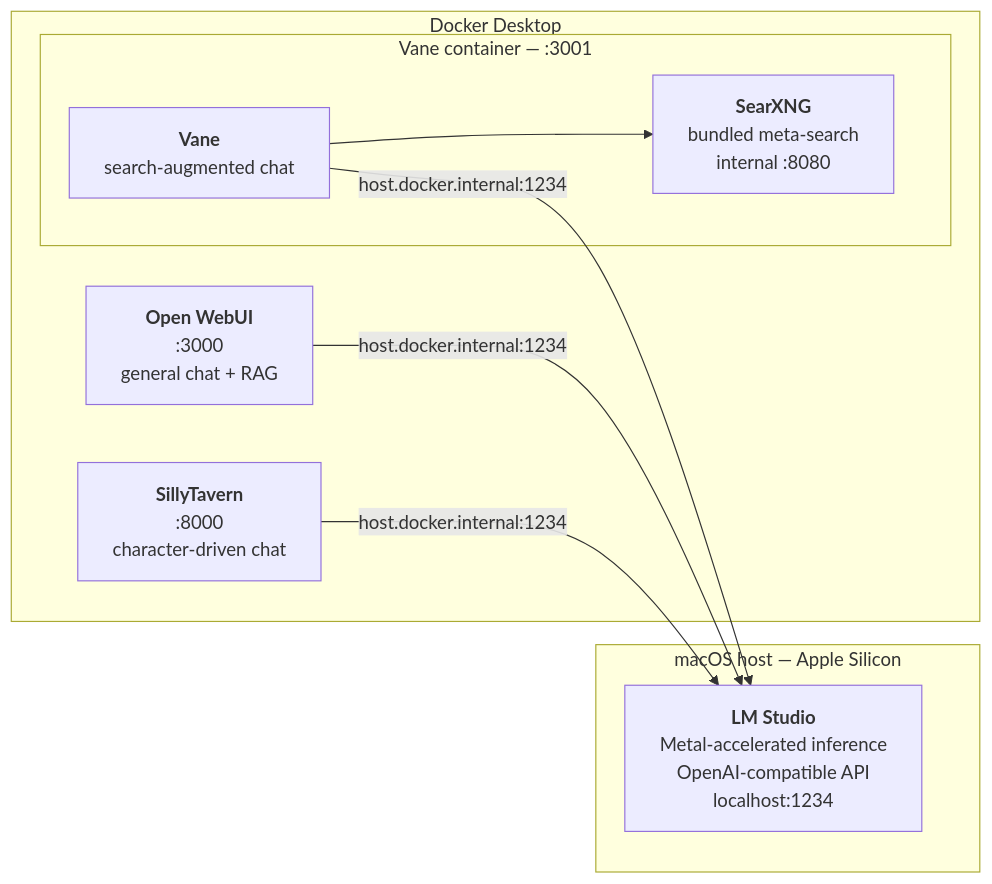
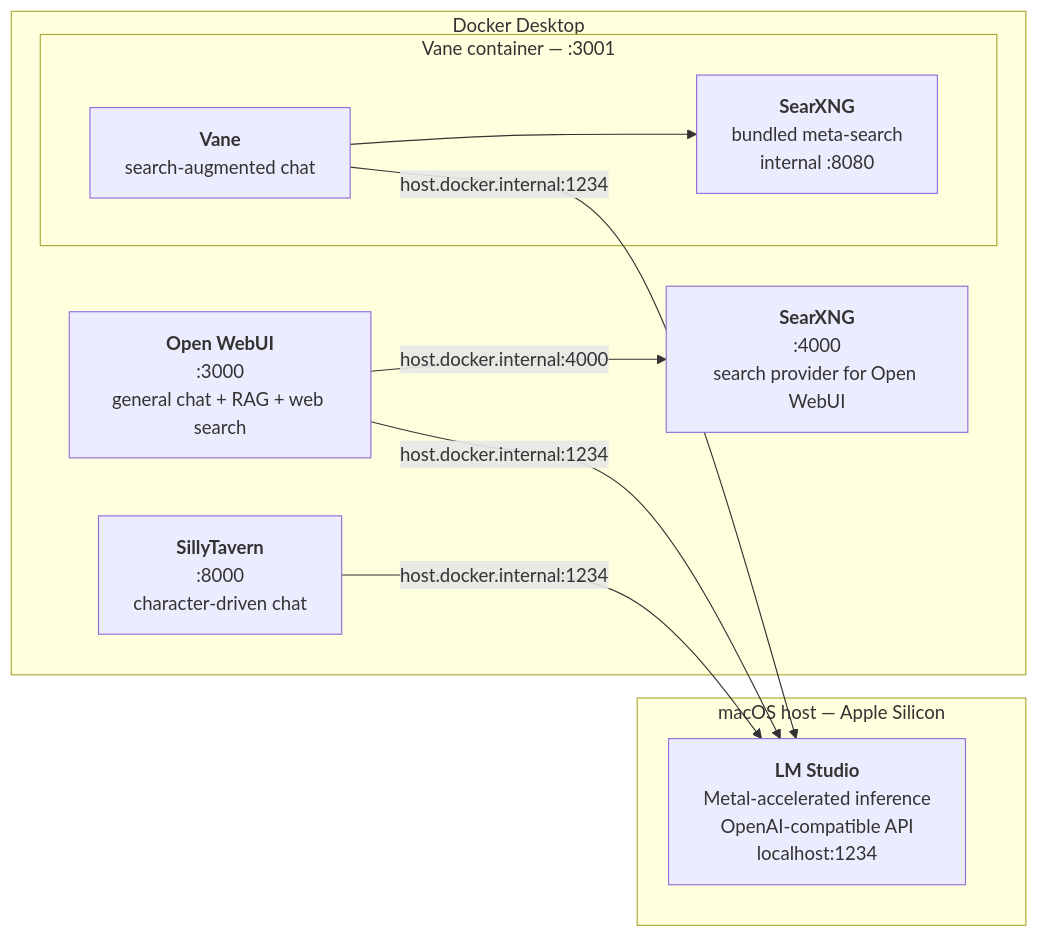
One commit to asifulshiam/lm-studio-docker-stack changed the diagram in README.md. Above: the diagram before and after it, drawn with Mermaid. The commit also changed other lines of this file, not shown here.

Commit message:
README: add web-search section, standalone SearXNG, corrected token budget

````diff
--- a/README.md
+++ b/README.md
@@ -11,20 +11,22 @@
 ```mermaid
 flowchart LR
     subgraph host["macOS host — Apple Silicon"]
         LMS["<b>LM Studio</b><br/>Metal-accelerated inference<br/>OpenAI-compatible API<br/>localhost:1234"]
     end
 
     subgraph docker["Docker Desktop"]
-        OWUI["<b>Open WebUI</b><br/>:3000<br/>general chat + RAG"]
+        OWUI["<b>Open WebUI</b><br/>:3000<br/>general chat + RAG + web search"]
+        SXNG["<b>SearXNG</b><br/>:4000<br/>search provider for Open WebUI"]
         ST["<b>SillyTavern</b><br/>:8000<br/>character-driven chat"]
         subgraph vanec["Vane container — :3001"]
             VANE["<b>Vane</b><br/>search-augmented chat"]
             SEARX["<b>SearXNG</b><br/>bundled meta-search<br/>internal :8080"]
         end
     end
 
     OWUI -->|host.docker.internal:1234| LMS
     ST -->|host.docker.internal:1234| LMS
     VANE -->|host.docker.internal:1234| LMS
     VANE --> SEARX
+    OWUI -->|host.docker.internal:4000| SXNG
 ```
````
